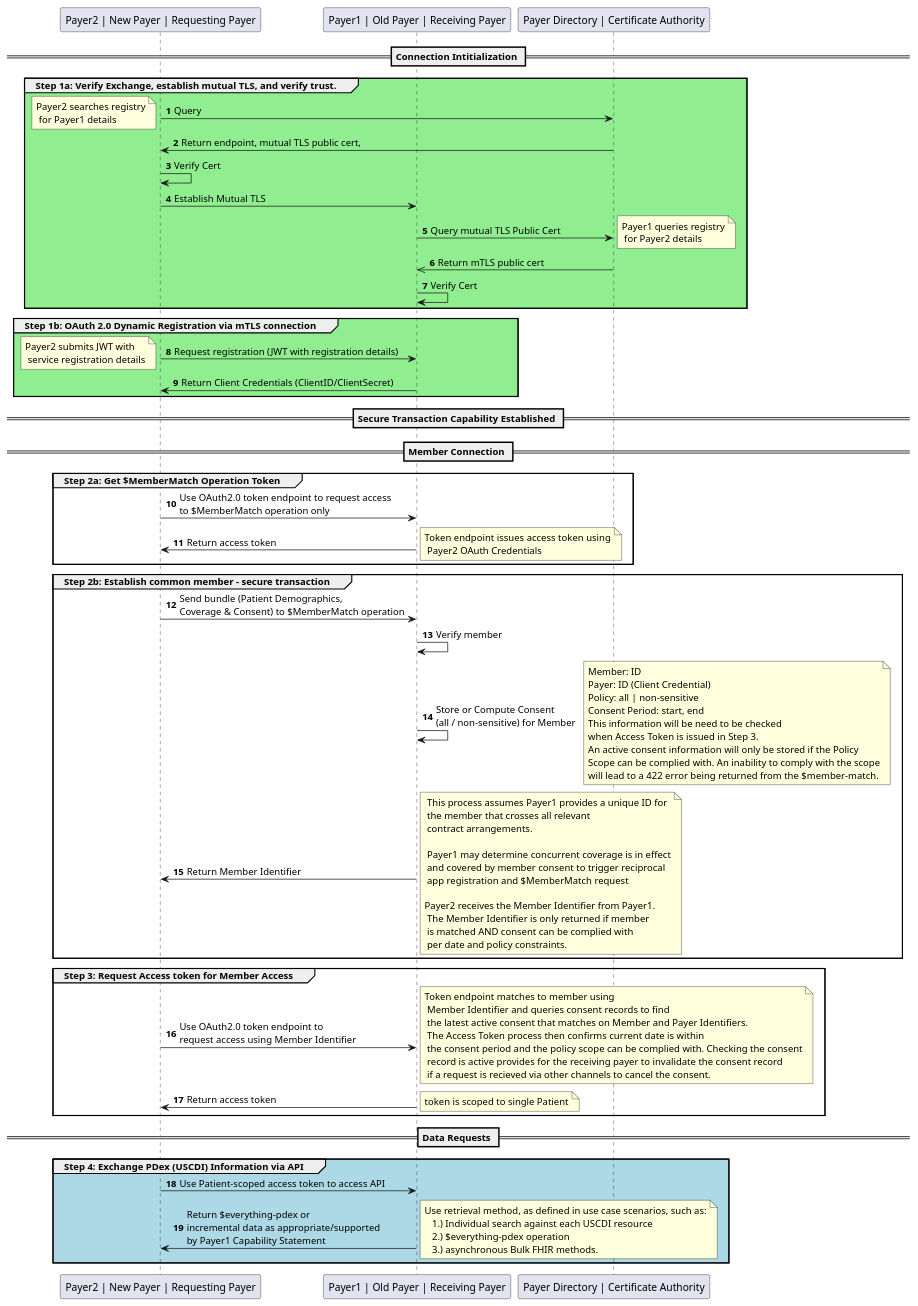
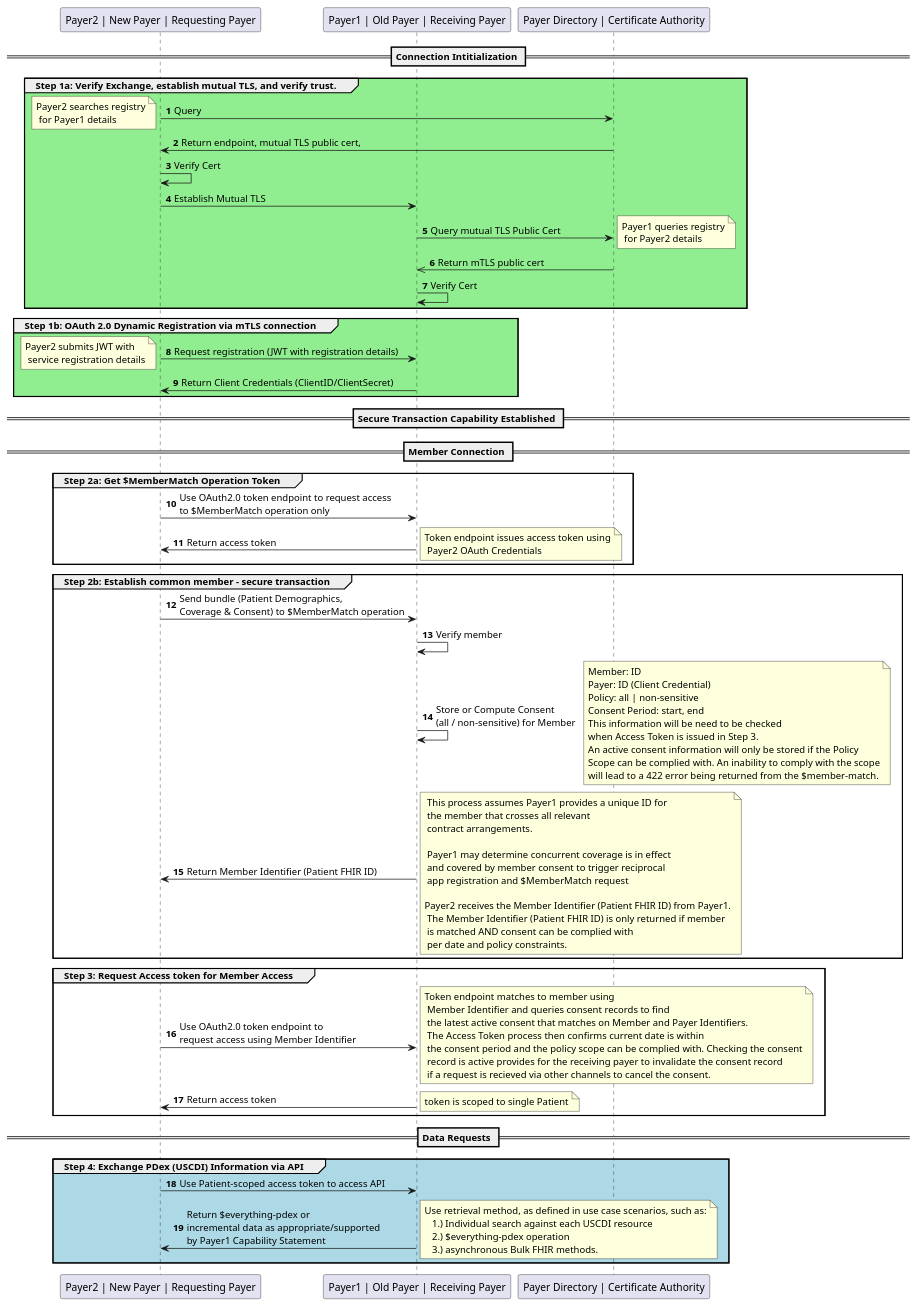
One commit to HL7/davinci-epdx changed the diagram in input/images-source/authorization-consent.plantuml. Above: the diagram before and after it, drawn with PlantUML. The commit also changed 1 other file, not shown here.

Commit message:
tweaks to P2P diagram for clarity.

```diff
--- a/input/images-source/authorization-consent.plantuml
+++ b/input/images-source/authorization-consent.plantuml
@@ -1,105 +1,105 @@
 @startuml
 skinparam svgDimensionStyle false
 autonumber
 participant "Payer2 | New Payer | Requesting Payer" as Payer2
 participant "Payer1 | Old Payer | Receiving Payer" as Payer1
 participant "Payer Directory | Certificate Authority" as PayerDirectory
 == Connection Intitialization ==
 group #LightGreen Step 1a: Verify Exchange, establish mutual TLS, and verify trust.
 	Payer2 -> PayerDirectory : Query
   note left
   	Payer2 searches registry
     for Payer1 details
   endnote
 	PayerDirectory -> Payer2 : Return endpoint, mutual TLS public cert,
 	Payer2 -> Payer2 : Verify Cert
 	Payer2 -> Payer1 : Establish Mutual TLS
 	Payer1 -> PayerDirectory : Query mutual TLS Public Cert
   note right
   	Payer1 queries registry
     for Payer2 details
   endnote
 	PayerDirectory ->> Payer1 : Return mTLS public cert
 	Payer1 -> Payer1 : Verify Cert
 end
 group #lightGreen Step 1b: OAuth 2.0 Dynamic Registration via mTLS connection
 	Payer2 -> Payer1 : Request registration (JWT with registration details)
 	note left
   	Payer2 submits JWT with
     service registration details
   endnote
   Payer1 -> Payer2 : Return Client Credentials (ClientID/ClientSecret)
 
 end
 == Secure Transaction Capability Established ==
 
 == Member Connection ==
 group Step 2a: Get $MemberMatch Operation Token
 	Payer2 -> Payer1 : Use OAuth2.0 token endpoint to request access \nto $MemberMatch operation only
   Payer1 -> Payer2 : Return access token
   note right
   	Token endpoint issues access token using
     Payer2 OAuth Credentials
   endnote
 end
 group Step 2b: Establish common member - secure transaction
 	Payer2 -> Payer1 : Send bundle (Patient Demographics, \nCoverage & Consent) to $MemberMatch operation
 	Payer1 -> Payer1 : Verify member
   Payer1 -> Payer1 : Store or Compute Consent \n(all / non-sensitive) for Member
   note right
   Member: ID
   Payer: ID (Client Credential)
   Policy: all | non-sensitive
   Consent Period: start, end
   This information will be need to be checked
   when Access Token is issued in Step 3.
   An active consent information will only be stored if the Policy
   Scope can be complied with. An inability to comply with the scope
   will lead to a 422 error being returned from the $member-match.
   endnote
 
-	Payer1 -> Payer2 : Return Member Identifier
+	Payer1 -> Payer2 : Return Member Identifier (Patient FHIR ID)
   note right
     This process assumes Payer1 provides a unique ID for
     the member that crosses all relevant
     contract arrangements.
 
     Payer1 may determine concurrent coverage is in effect
     and covered by member consent to trigger reciprocal
     app registration and $MemberMatch request
 
-  	Payer2 receives the Member Identifier from Payer1.
-    The Member Identifier is only returned if member
+  	Payer2 receives the Member Identifier (Patient FHIR ID) from Payer1.
+    The Member Identifier (Patient FHIR ID) is only returned if member
     is matched AND consent can be complied with
     per date and policy constraints.
   endnote
 end
 
 group Step 3: Request Access token for Member Access
 	Payer2 -> Payer1 : Use OAuth2.0 token endpoint to \nrequest access using Member Identifier
   note right
   	Token endpoint matches to member using
     Member Identifier and queries consent records to find
     the latest active consent that matches on Member and Payer Identifiers.
     The Access Token process then confirms current date is within
     the consent period and the policy scope can be complied with. Checking the consent
     record is active provides for the receiving payer to invalidate the consent record
     if a request is recieved via other channels to cancel the consent.
   endnote
   Payer1 -> Payer2 : Return access token
   note right
   	token is scoped to single Patient
   endnote
 end
 == Data Requests ==
 group #LightBlue Step 4: Exchange PDex (USCDI) Information via API
   Payer2 -> Payer1 : Use Patient-scoped access token to access API
 	Payer1 -> Payer2 : Return $everything-pdex or \nincremental data as appropriate/supported \nby Payer1 Capability Statement
   note right
   	Use retrieval method, as defined in use case scenarios, such as:
       1.) Individual search against each USCDI resource
       2.) $everything-pdex operation
       3.) asynchronous Bulk FHIR methods.
   endnote
 end
 @enduml
```
